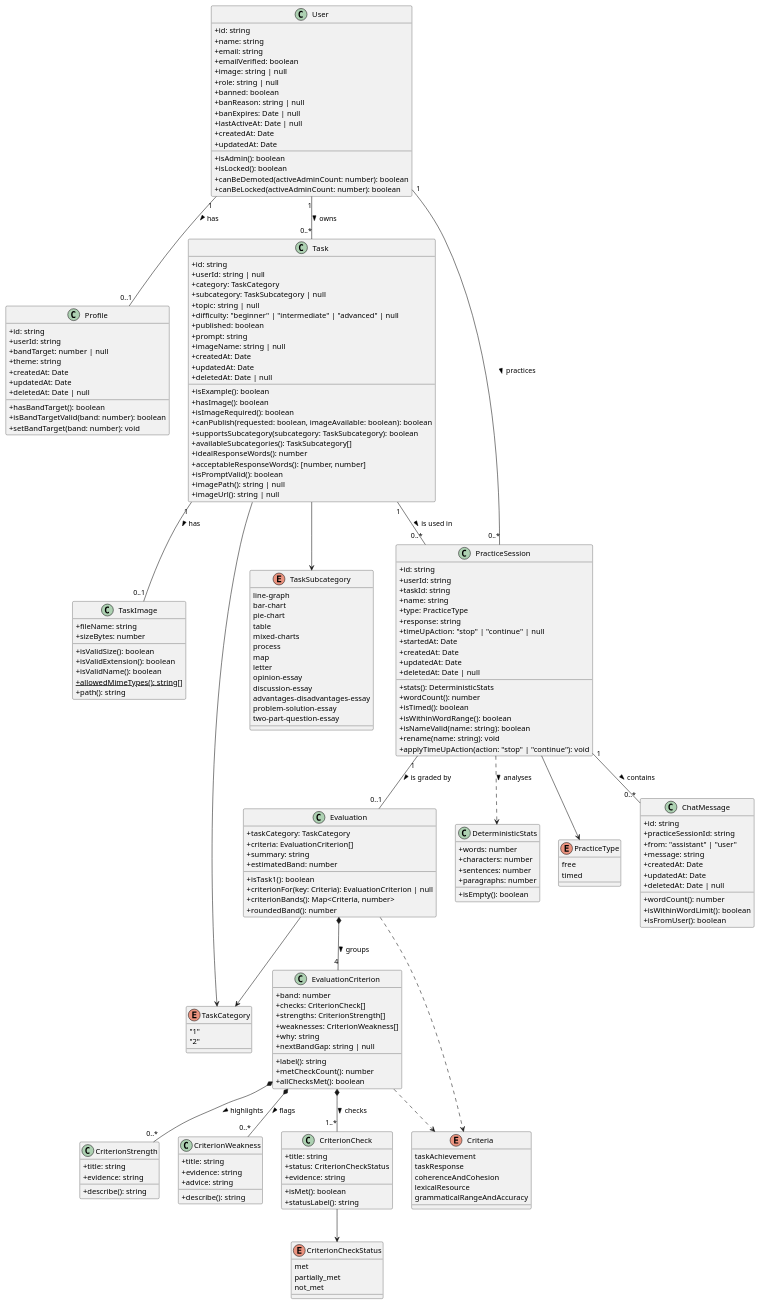
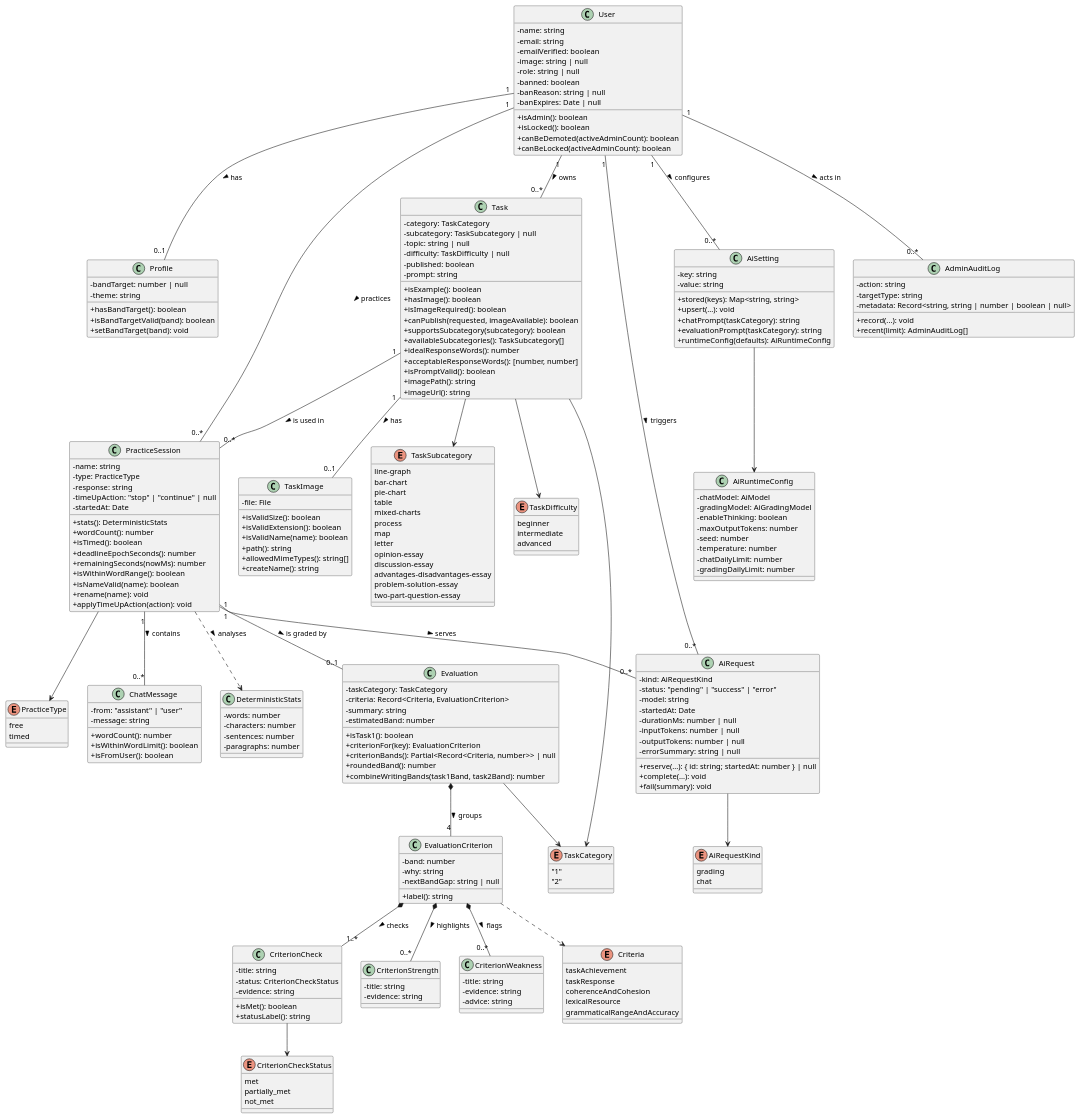
One commit to ielts-writing-org/ielts-fullstack changed the diagram in docs/class-diagram.puml. Above: the diagram before and after it, drawn with PlantUML. The commit also changed 4 other files, not shown here.

First line of the commit message:
docs: update diagrams to reflect domain logic and quota constraints

```diff
--- a/docs/class-diagram.puml
+++ b/docs/class-diagram.puml
@@ -3,158 +3,166 @@
 skinparam DefaultFontName Segoe UI
 skinparam classAttributeIconSize 0
 
+' Operations are implemented as plain module functions (#lib/domain: task, task-image,
+' evaluation, practice-session, chat-message, text-stats, ai-config, theme, save-state;
+' #lib/server/data: tasks, practice-sessions, chat-messages, evaluations, ai-requests,
+' ai-settings, users, profiles, admin-audit-logs) - the runtime uses modules, not classes.
+' Associations express ownership and references; bookkeeping columns (ids, timestamps)
+' are implementation detail and intentionally omitted.
+
 class User {
-	+id: string
-	+name: string
-	+email: string
-	+emailVerified: boolean
-	+image: string | null
-	+role: string | null
-	+banned: boolean
-	+banReason: string | null
-	+banExpires: Date | null
-	+lastActiveAt: Date | null
-	+createdAt: Date
-	+updatedAt: Date
+	-name: string
+	-email: string
+	-emailVerified: boolean
+	-image: string | null
+	-role: string | null
+	-banned: boolean
+	-banReason: string | null
+	-banExpires: Date | null
 	+isAdmin(): boolean
 	+isLocked(): boolean
-	+canBeDemoted(activeAdminCount: number): boolean
-	+canBeLocked(activeAdminCount: number): boolean
+	+canBeDemoted(activeAdminCount): boolean
+	+canBeLocked(activeAdminCount): boolean
 }
 
 class Profile {
-	+id: string
-	+userId: string
-	+bandTarget: number | null
-	+theme: string
-	+createdAt: Date
-	+updatedAt: Date
-	+deletedAt: Date | null
+	-bandTarget: number | null
+	-theme: string
 	+hasBandTarget(): boolean
-	+isBandTargetValid(band: number): boolean
-	+setBandTarget(band: number): void
+	+isBandTargetValid(band): boolean
+	+setBandTarget(band): void
 }
 
 class Task {
-	+id: string
-	+userId: string | null
-	+category: TaskCategory
-	+subcategory: TaskSubcategory | null
-	+topic: string | null
-	+difficulty: "beginner" | "intermediate" | "advanced" | null
-	+published: boolean
-	+prompt: string
-	+imageName: string | null
-	+createdAt: Date
-	+updatedAt: Date
-	+deletedAt: Date | null
+	-category: TaskCategory
+	-subcategory: TaskSubcategory | null
+	-topic: string | null
+	-difficulty: TaskDifficulty | null
+	-published: boolean
+	-prompt: string
 	+isExample(): boolean
 	+hasImage(): boolean
 	+isImageRequired(): boolean
-	+canPublish(requested: boolean, imageAvailable: boolean): boolean
-	+supportsSubcategory(subcategory: TaskSubcategory): boolean
+	+canPublish(requested, imageAvailable): boolean
+	+supportsSubcategory(subcategory): boolean
 	+availableSubcategories(): TaskSubcategory[]
 	+idealResponseWords(): number
 	+acceptableResponseWords(): [number, number]
 	+isPromptValid(): boolean
-	+imagePath(): string | null
-	+imageUrl(): string | null
+	+imagePath(): string
+	+imageUrl(): string
 }
 
 class PracticeSession {
-	+id: string
-	+userId: string
-	+taskId: string
-	+name: string
-	+type: PracticeType
-	+response: string
-	+timeUpAction: "stop" | "continue" | null
-	+startedAt: Date
-	+createdAt: Date
-	+updatedAt: Date
-	+deletedAt: Date | null
+	-name: string
+	-type: PracticeType
+	-response: string
+	-timeUpAction: "stop" | "continue" | null
+	-startedAt: Date
 	+stats(): DeterministicStats
 	+wordCount(): number
 	+isTimed(): boolean
+	+deadlineEpochSeconds(): number
+	+remainingSeconds(nowMs): number
 	+isWithinWordRange(): boolean
-	+isNameValid(name: string): boolean
-	+rename(name: string): void
-	+applyTimeUpAction(action: "stop" | "continue"): void
+	+isNameValid(name): boolean
+	+rename(name): void
+	+applyTimeUpAction(action): void
 }
 
 class ChatMessage {
-	+id: string
-	+practiceSessionId: string
-	+from: "assistant" | "user"
-	+message: string
-	+createdAt: Date
-	+updatedAt: Date
-	+deletedAt: Date | null
+	-from: "assistant" | "user"
+	-message: string
 	+wordCount(): number
 	+isWithinWordLimit(): boolean
 	+isFromUser(): boolean
 }
 
 class Evaluation {
-	+taskCategory: TaskCategory
-	+criteria: EvaluationCriterion[]
-	+summary: string
-	+estimatedBand: number
+	-taskCategory: TaskCategory
+	-criteria: Record<Criteria, EvaluationCriterion>
+	-summary: string
+	-estimatedBand: number
 	+isTask1(): boolean
-	+criterionFor(key: Criteria): EvaluationCriterion | null
-	+criterionBands(): Map<Criteria, number>
+	+criterionFor(key): EvaluationCriterion
+	+criterionBands(): Partial<Record<Criteria, number>> | null
 	+roundedBand(): number
+	+combineWritingBands(task1Band, task2Band): number
 }
 
 class EvaluationCriterion {
-	+band: number
-	+checks: CriterionCheck[]
-	+strengths: CriterionStrength[]
-	+weaknesses: CriterionWeakness[]
-	+why: string
-	+nextBandGap: string | null
+	-band: number
+	-why: string
+	-nextBandGap: string | null
 	+label(): string
-	+metCheckCount(): number
-	+allChecksMet(): boolean
 }
 
 class CriterionCheck {
-	+title: string
-	+status: CriterionCheckStatus
-	+evidence: string
+	-title: string
+	-status: CriterionCheckStatus
+	-evidence: string
 	+isMet(): boolean
 	+statusLabel(): string
 }
 
 class CriterionStrength {
-	+title: string
-	+evidence: string
-	+describe(): string
+	-title: string
+	-evidence: string
 }
 
 class CriterionWeakness {
-	+title: string
-	+evidence: string
-	+advice: string
-	+describe(): string
+	-title: string
+	-evidence: string
+	-advice: string
 }
 
 class TaskImage {
-	+fileName: string
-	+sizeBytes: number
+	-file: File
 	+isValidSize(): boolean
 	+isValidExtension(): boolean
-	+isValidName(): boolean
-	{static} +allowedMimeTypes(): string[]
+	+isValidName(name): boolean
 	+path(): string
+	+allowedMimeTypes(): string[]
+	+createName(): string
 }
 
 class DeterministicStats {
-	+words: number
-	+characters: number
-	+sentences: number
-	+paragraphs: number
-	+isEmpty(): boolean
+	-words: number
+	-characters: number
+	-sentences: number
+	-paragraphs: number
+}
+
+class AiRequest {
+	-kind: AiRequestKind
+	-status: "pending" | "success" | "error"
+	-model: string
+	-startedAt: Date
+	-durationMs: number | null
+	-inputTokens: number | null
+	-outputTokens: number | null
+	-errorSummary: string | null
+	+reserve(...): { id: string; startedAt: number } | null
+	+complete(...): void
+	+fail(summary): void
+}
+
+class AiSetting {
+	-key: string
+	-value: string
+	+stored(keys): Map<string, string>
+	+upsert(...): void
+	+chatPrompt(taskCategory): string
+	+evaluationPrompt(taskCategory): string
+	+runtimeConfig(defaults): AiRuntimeConfig
+}
+
+class AdminAuditLog {
+	-action: string
+	-targetType: string
+	-metadata: Record<string, string | number | boolean | null>
+	+record(...): void
+	+recent(limit): AdminAuditLog[]
 }
 
 enum TaskCategory {
@@ -178,6 +186,12 @@
 	two-part-question-essay
 }
 
+enum TaskDifficulty {
+	beginner
+	intermediate
+	advanced
+}
+
 enum PracticeType {
 	free
 	timed
@@ -197,6 +211,22 @@
 	not_met
 }
 
+enum AiRequestKind {
+	grading
+	chat
+}
+
+class AiRuntimeConfig {
+	-chatModel: AiModel
+	-gradingModel: AiGradingModel
+	-enableThinking: boolean
+	-maxOutputTokens: number
+	-seed: number
+	-temperature: number
+	-chatDailyLimit: number
+	-gradingDailyLimit: number
+}
+
 User "1" -- "0..1" Profile : has >
 User "1" -- "0..*" Task : owns >
 User "1" -- "0..*" PracticeSession : practices >
@@ -205,6 +235,10 @@
 PracticeSession "1" -- "0..1" Evaluation : is graded by >
 PracticeSession "1" -- "0..*" ChatMessage : contains >
 PracticeSession ..> DeterministicStats : analyses >
+User "1" -- "0..*" AiRequest : triggers >
+PracticeSession "1" -- "0..*" AiRequest : serves >
+User "1" -- "0..*" AdminAuditLog : acts in >
+User "1" -- "0..*" AiSetting : configures >
 
 Evaluation *-- "4" EvaluationCriterion : groups >
 EvaluationCriterion *-- "1..*" CriterionCheck : checks >
@@ -213,10 +247,12 @@
 
 Task --> TaskCategory
 Task --> TaskSubcategory
+Task --> TaskDifficulty
 PracticeSession --> PracticeType
 Evaluation --> TaskCategory
-Evaluation ..> Criteria
 EvaluationCriterion ..> Criteria
 CriterionCheck --> CriterionCheckStatus
+AiRequest --> AiRequestKind
+AiSetting --> AiRuntimeConfig
 
 @enduml
```
